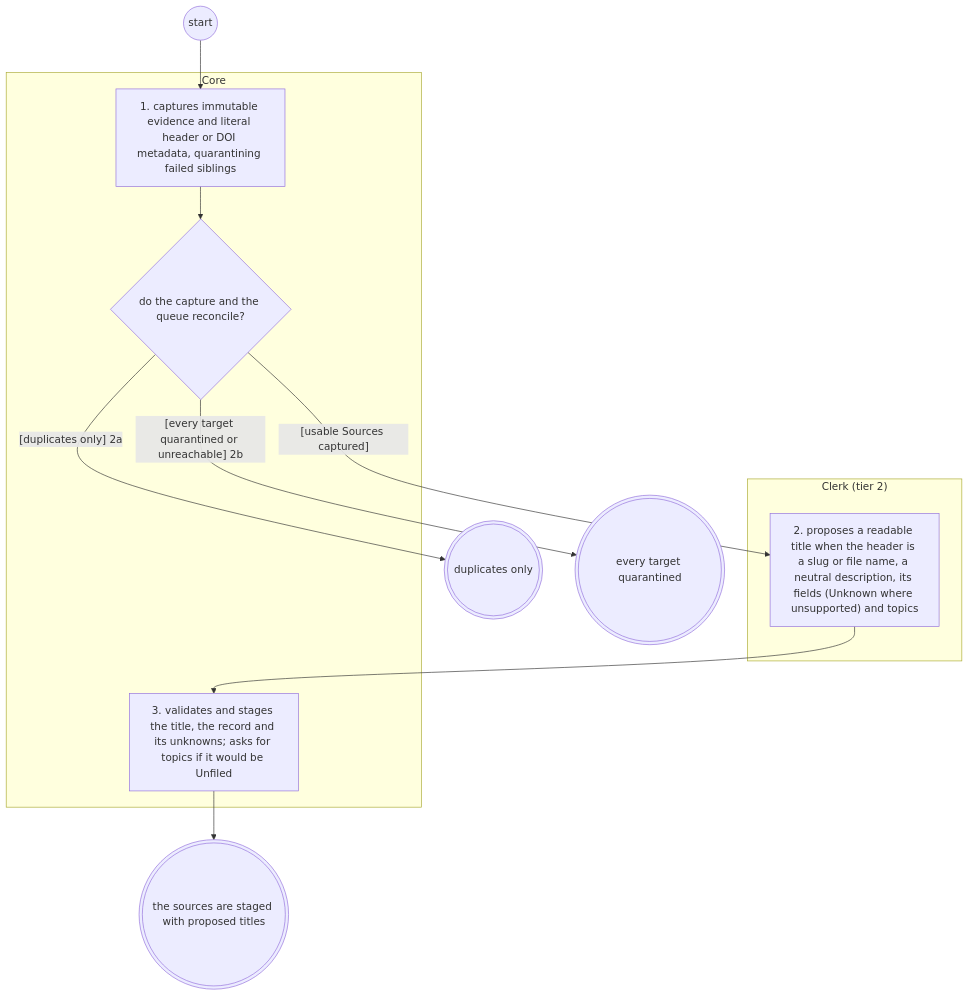
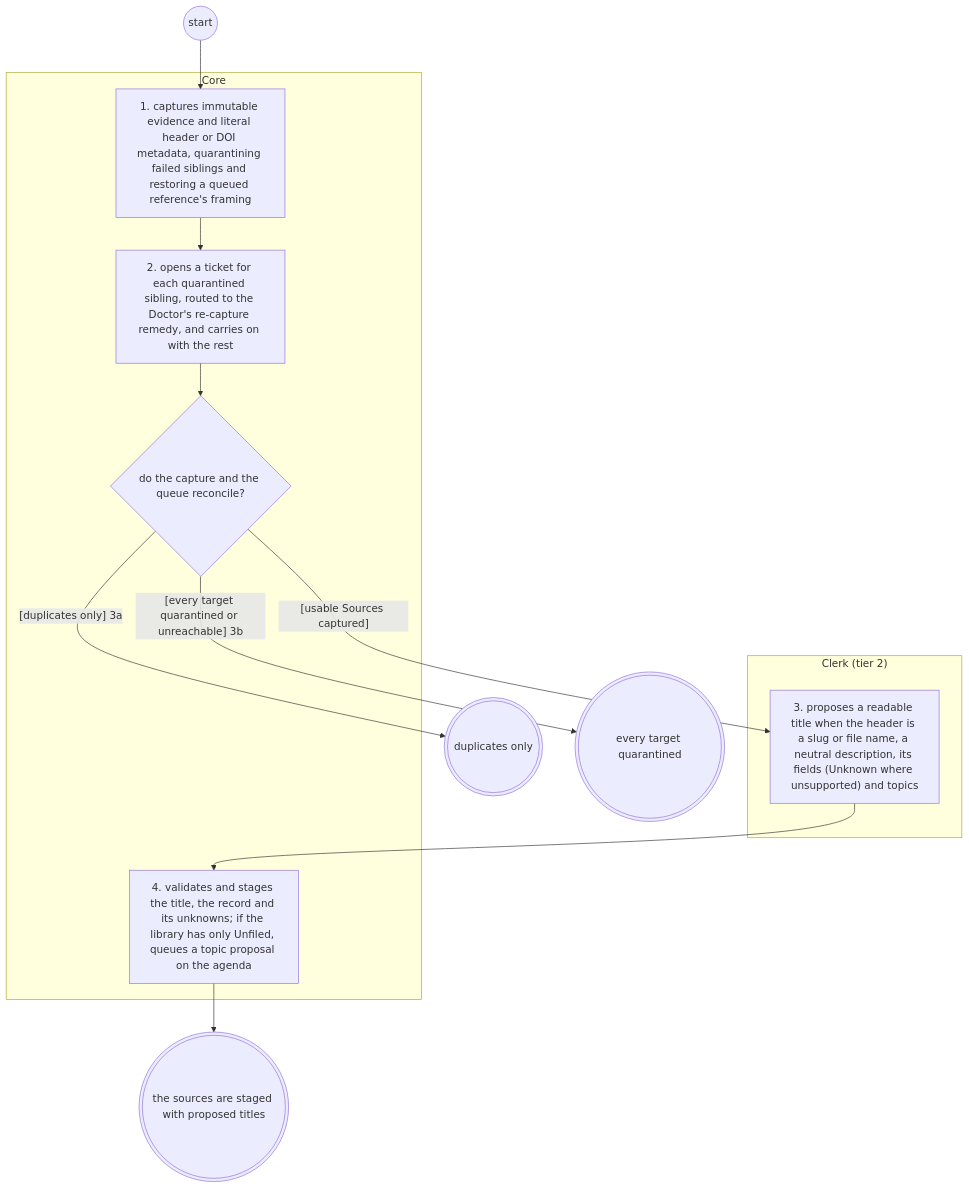
Before and after one commit to Jake36999/Librarian_V2: the diagram in reports/2026-11-25-systems-analysis-finalisation/librarian/to-be/views/source-intake.views.md, drawn with Mermaid. The commit also changed other lines of this file and 101 other files, not shown here.

````diff
--- a/reports/2026-11-25-systems-analysis-finalisation/librarian/to-be/views/source-intake.views.md
+++ b/reports/2026-11-25-systems-analysis-finalisation/librarian/to-be/views/source-intake.views.md
@@ -37,23 +38,25 @@
 ```mermaid
 flowchart TD
   subgraph Clerk_tier_2_["Clerk (tier 2)"]
-    describe["2. proposes a readable title when the header is a slug or file name, a neutral description, its fields (Unknown where unsupported) and topics"]
+    describe["3. proposes a readable title when the header is a slug or file name, a neutral description, its fields (Unknown where unsupported) and topics"]
   end
   subgraph Core["Core"]
-    capture["1. captures immutable evidence and literal header or DOI metadata, quarantining failed siblings"]
+    capture["1. captures immutable evidence and literal header or DOI metadata, quarantining failed siblings and restoring a queued reference's framing"]
+    qticket["2. opens a ticket for each quarantined sibling, routed to the Doctor's re-capture remedy, and carries on with the rest"]
     dcap{"do the capture and the queue reconcile?"}
-    stage["3. validates and stages the title, the record and its unknowns; asks for topics if it would be Unfiled"]
+    stage["4. validates and stages the title, the record and its unknowns; if the library has only Unfiled, queues a topic proposal on the agenda"]
   end
   s(("start"))
   e_success((("the sources are staged with proposed titles")))
   e_reused((("duplicates only")))
   e_paused((("every target quarantined")))
   s --> capture
-  capture --> dcap
+  qticket --> dcap
   dcap -->|"[usable Sources captured]"| describe
-  dcap -->|"[duplicates only] 2a"| e_reused
-  dcap -->|"[every target quarantined or unreachable] 2b"| e_paused
+  dcap -->|"[duplicates only] 3a"| e_reused
+  dcap -->|"[every target quarantined or unreachable] 3b"| e_paused
   describe --> stage
   stage --> e_success
+  capture --> qticket
   classDef ext stroke:#d9534f,stroke-width:2px
 ```
````
